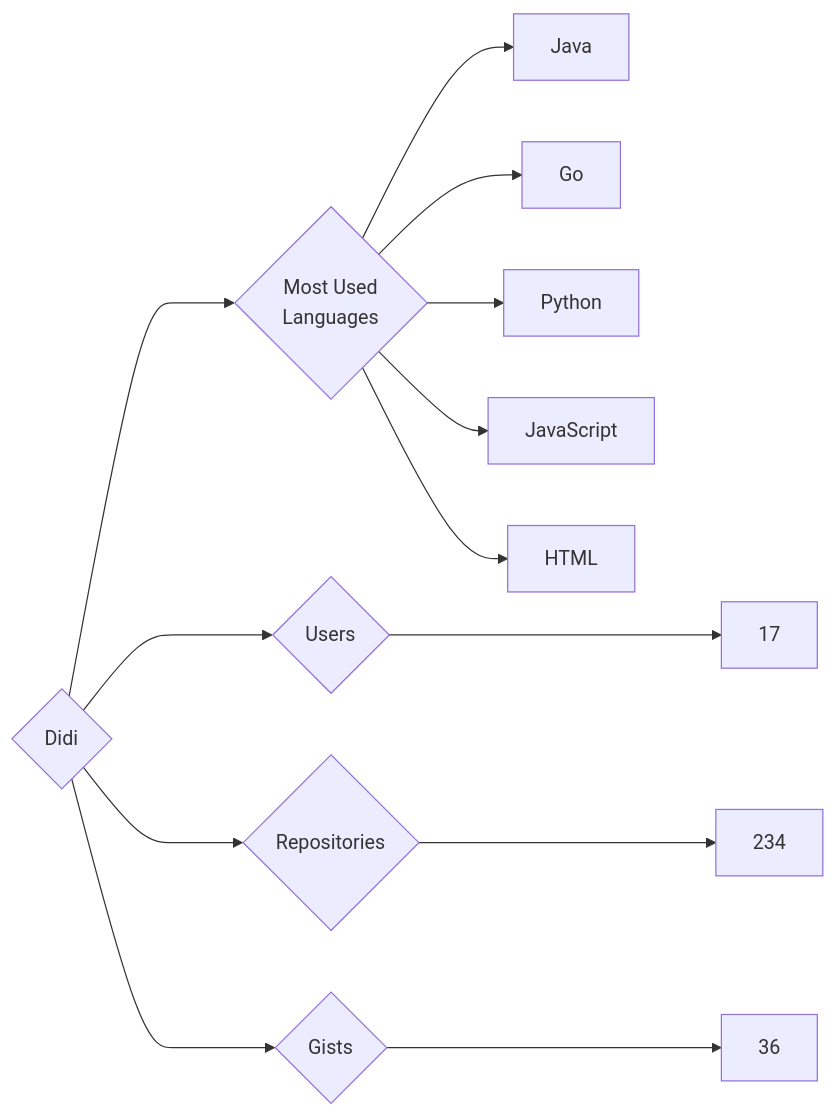
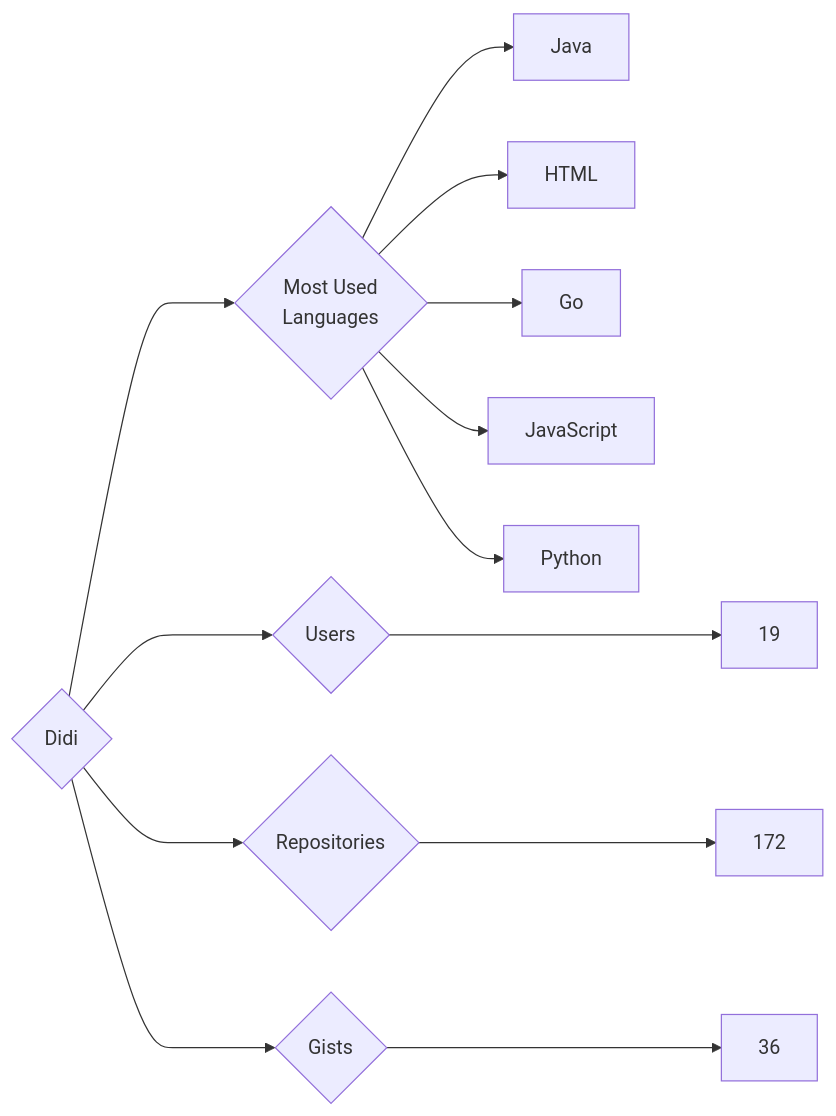
One commit to trickest/insiders changed the diagram in targets/Didi/README.md. Above: the diagram before and after it, drawn with Mermaid. The commit also changed 679 other files, not shown here.

````diff
--- a/targets/Didi/README.md
+++ b/targets/Didi/README.md
@@ -3,13 +3,13 @@
 ```mermaid
 graph LR
 COMPANY_NAME{Didi}
-COMPANY_NAME ---> U{Users} ---> UN[17]
-COMPANY_NAME ---> R{Repositories} ---> RN[234]
+COMPANY_NAME ---> U{Users} ---> UN[19]
+COMPANY_NAME ---> R{Repositories} ---> RN[172]
 COMPANY_NAME ---> G{Gists} ---> GN[36]
 COMPANY_NAME ---> ML{Most Used<br>Languages}
 ML --> Java[Java]
+ML --> HTML[HTML]
 ML --> Go[Go]
+ML --> JavaScript[JavaScript]
 ML --> Python[Python]
-ML --> JavaScript[JavaScript]
-ML --> HTML[HTML]
 ```
````
